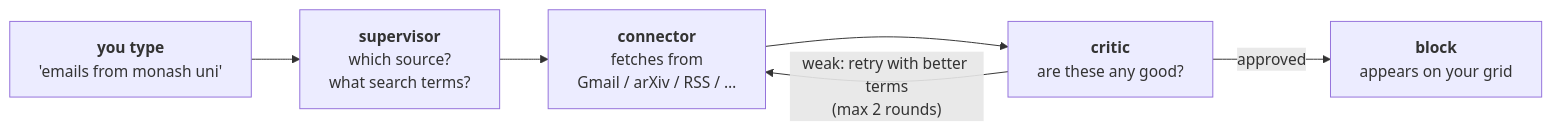
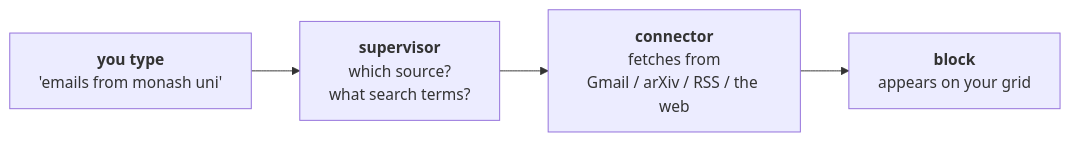
Before and after one commit to rid-saw/latent: the diagram in README.md, drawn with Mermaid. The commit also changed other lines of this file and 9 other files, not shown here.

````diff
--- a/README.md
+++ b/README.md
@@ -33,8 +33,6 @@
 ```mermaid
 flowchart LR
     Q["<b>you type</b><br/>'emails from monash uni'"] --> S["<b>supervisor</b><br/>which source?<br/>what search terms?"]
-    S --> F["<b>connector</b><br/>fetches from<br/>Gmail / arXiv / RSS / …"]
-    F --> C["<b>critic</b><br/>are these any good?"]
-    C -->|approved| B["<b>block</b><br/>appears on your grid"]
-    C -->|"weak: retry with better terms<br/>(max 2 rounds)"| F
+    S --> F["<b>connector</b><br/>fetches from<br/>Gmail / arXiv / RSS / the web"]
+    F --> B["<b>block</b><br/>appears on your grid"]
 ```
````
